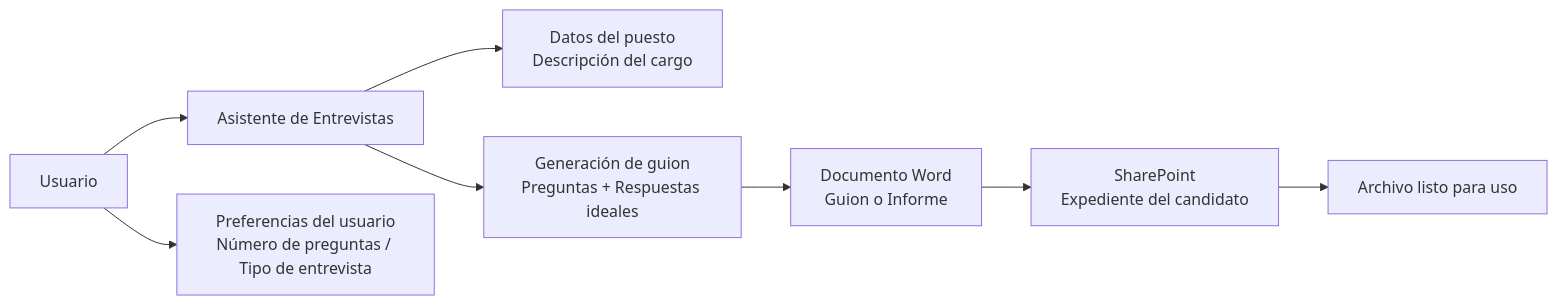
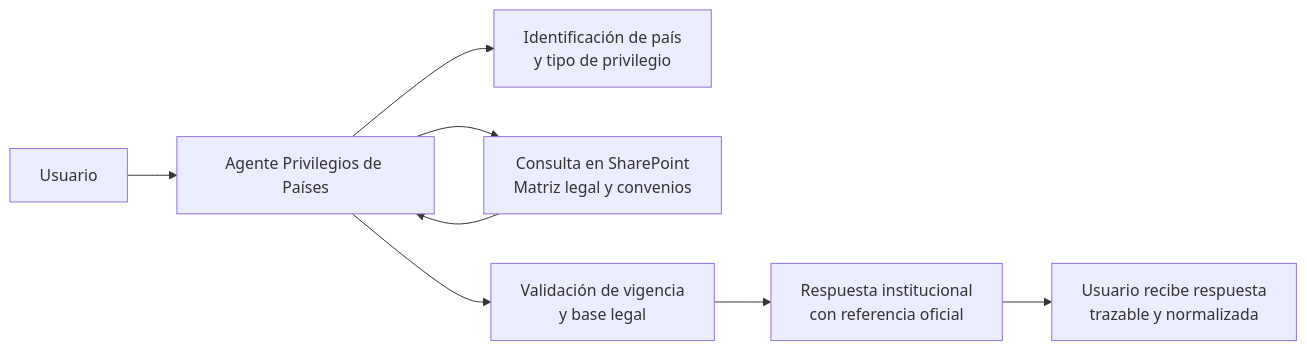
Before and after one commit to lab-innovacion-caf/Agentes: the first of 2 diagrams in README.md, drawn with Mermaid. The commit also changed other lines of this file, not shown here.

Commit message:
Readme Agente de Privilegios Paises

````diff
--- a/README.md
+++ b/README.md
@@ -132,10 +131,10 @@
 ```mermaid
 flowchart LR
-    U[Usuario] --> A[Asistente de Entrevistas]
-    A --> D[Datos del puesto<br>Descripción del cargo]
-    U --> P[Preferencias del usuario<br>Número de preguntas / Tipo de entrevista]
-    A --> G[Generación de guion<br>Preguntas + Respuestas ideales]
-    G --> W[Documento Word<br>Guion o Informe]
-    W --> SP[SharePoint<br>Expediente del candidato]
-    SP --> U2[Archivo listo para uso]
+    U[Usuario] --> A[Agente Privilegios de Países]
+    A --> N[Identificación de país<br>y tipo de privilegio]
+    A --> Q[Consulta en SharePoint<br>Matriz legal y convenios]
+    Q --> A
+    A --> F[Validación de vigencia<br>y base legal]
+    F --> R[Respuesta institucional<br>con referencia oficial]
+    R --> U2[Usuario recibe respuesta<br>trazable y normalizada]
 ```
````
